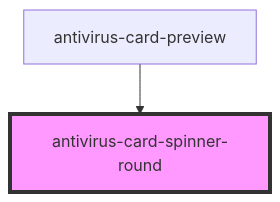
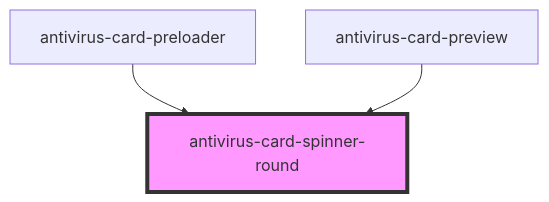
The diagram in client/packages/antivirus-card/src/components/spinner-round/readme.md (ispsystem/plugin-imunify), drawn with Mermaid before and after one commit. The commit also changed other lines of this file and 30 other files, not shown here.

````diff
--- a/client/packages/antivirus-card/src/components/spinner-round/readme.md
+++ b/client/packages/antivirus-card/src/components/spinner-round/readme.md
@@ -15,5 +23,6 @@
 ```mermaid
 graph TD;
+  antivirus-card-preloader --> antivirus-card-spinner-round
   antivirus-card-preview --> antivirus-card-spinner-round
   style antivirus-card-spinner-round fill:#f9f,stroke:#333,stroke-width:4px
 ```
````
